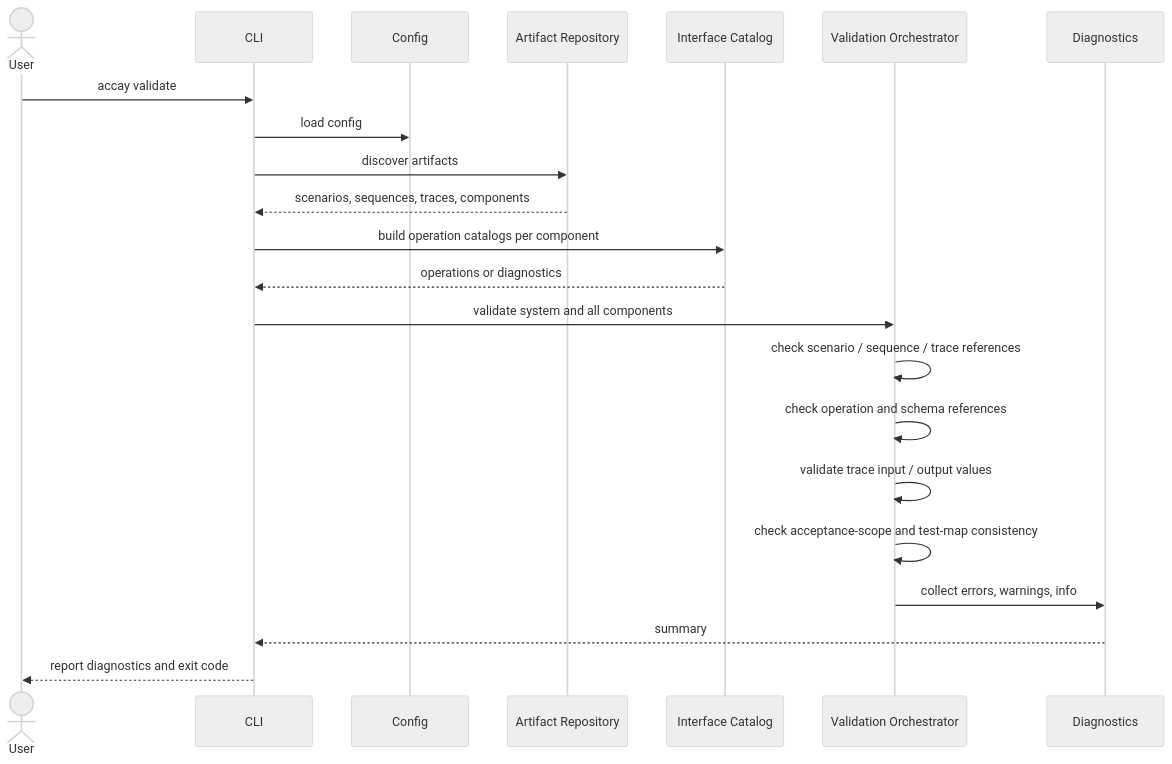
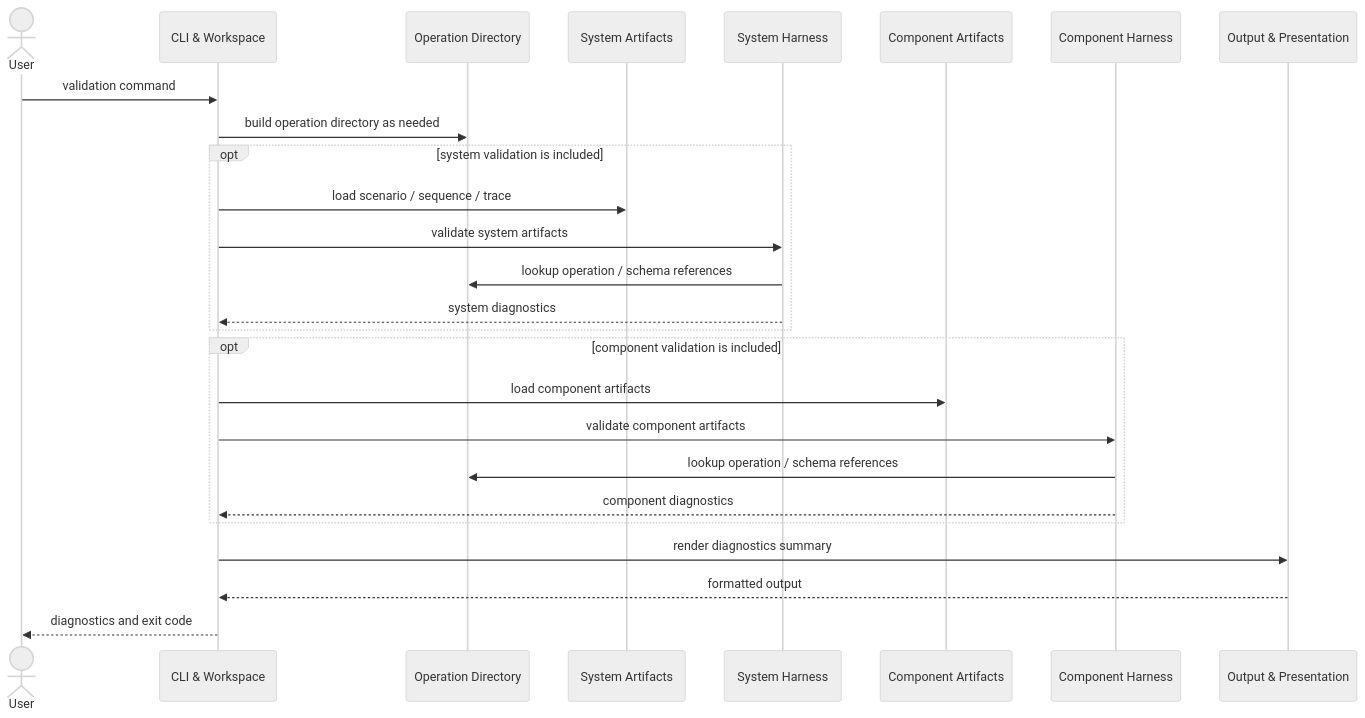
The fourth of 7 diagrams in docs/architecture.md (autotaker/accay), drawn with Mermaid (neutral theme) before and after one commit. The commit also changed other lines of this file, not shown here.

Commit message:
Refine architecture design

````diff
--- a/docs/architecture.md
+++ b/docs/architecture.md
@@ -287,25 +422,32 @@
 ```mermaid
 sequenceDiagram
   actor User
-  participant CLI
-  participant Config
-  participant Repo as Artifact Repository
-  participant Catalog as Interface Catalog
-  participant Validator as Validation Orchestrator
-  participant Diagnostics
+  participant CLI as CLI & Workspace
+  participant Directory as Operation Directory
+  participant SystemArtifacts as System Artifacts
+  participant SystemHarness as System Harness
+  participant ComponentArtifacts as Component Artifacts
+  participant ComponentHarness as Component Harness
+  participant Output as Output & Presentation
 
-  User->>CLI: accay validate
-  CLI->>Config: load config
-  CLI->>Repo: discover artifacts
-  Repo-->>CLI: scenarios, sequences, traces, components
-  CLI->>Catalog: build operation catalogs per component
-  Catalog-->>CLI: operations or diagnostics
-  CLI->>Validator: validate system and all components
-  Validator->>Validator: check scenario / sequence / trace references
-  Validator->>Validator: check operation and schema references
-  Validator->>Validator: validate trace input / output values
-  Validator->>Validator: check acceptance-scope and test-map consistency
-  Validator->>Diagnostics: collect errors, warnings, info
-  Diagnostics-->>CLI: summary
-  CLI-->>User: report diagnostics and exit code
+  User->>CLI: validation command
+  CLI->>Directory: build operation directory as needed
+
+  opt system validation is included
+    CLI->>SystemArtifacts: load scenario / sequence / trace
+    CLI->>SystemHarness: validate system artifacts
+    SystemHarness->>Directory: lookup operation / schema references
+    SystemHarness-->>CLI: system diagnostics
+  end
+
+  opt component validation is included
+    CLI->>ComponentArtifacts: load component artifacts
+    CLI->>ComponentHarness: validate component artifacts
+    ComponentHarness->>Directory: lookup operation / schema references
+    ComponentHarness-->>CLI: component diagnostics
+  end
+
+  CLI->>Output: render diagnostics summary
+  Output-->>CLI: formatted output
+  CLI-->>User: diagnostics and exit code
 ```
````
